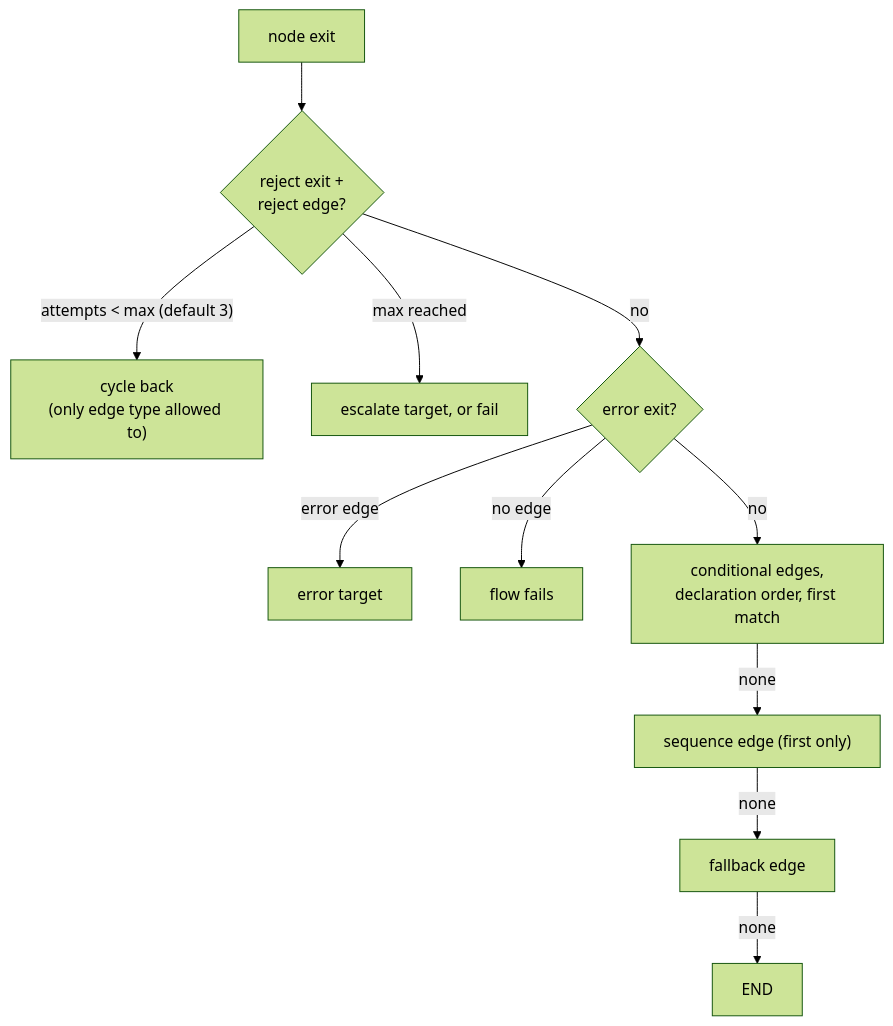
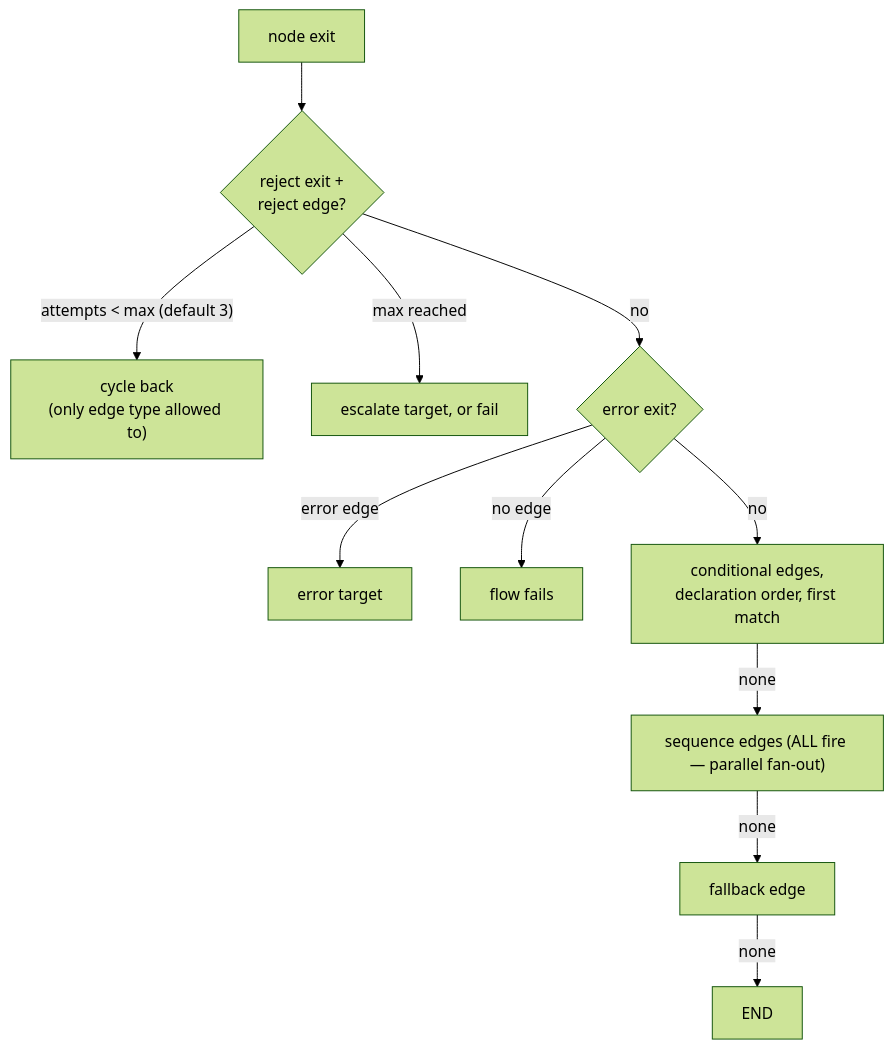
The second of 3 diagrams in platform/harness/flow-spec/SPEC.md (JefeLabs/helmsmith), drawn with Mermaid (forest theme) before and after one commit. The commit also changed other lines of this file and 9 other files, not shown here.

First line of the commit message:
feat(flow-spec): fan-out + joinStrategy executed — reports deleted fixture-first (2.4)

````diff
--- a/platform/harness/flow-spec/SPEC.md
+++ b/platform/harness/flow-spec/SPEC.md
@@ -61,13 +61,13 @@
 ```mermaid
 flowchart TD
     exit["node exit"] --> r{"reject exit +<br/>reject edge?"}
     r -- "attempts < max (default 3)" --> cycle["cycle back<br/>(only edge type allowed to)"]
     r -- "max reached" --> esc["escalate target, or fail"]
     r -- no --> e{"error exit?"}
     e -- "error edge" --> et["error target"]
     e -- "no edge" --> die["flow fails"]
     e -- no --> c["conditional edges,<br/>declaration order, first match"]
-    c -- none --> s["sequence edge (first only)"]
+    c -- none --> s["sequence edges (ALL fire — parallel fan-out)"]
     s -- none --> f["fallback edge"]
     f -- none --> END
 ```
````
